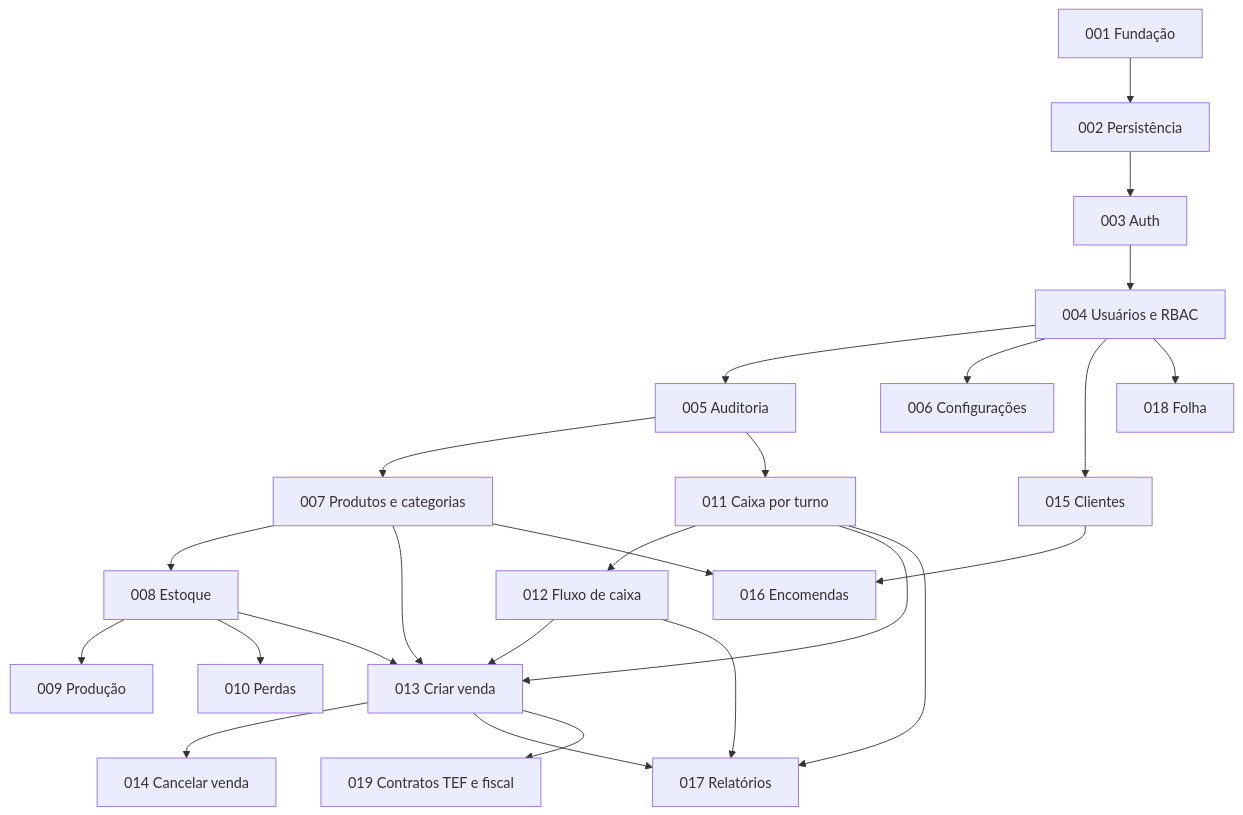
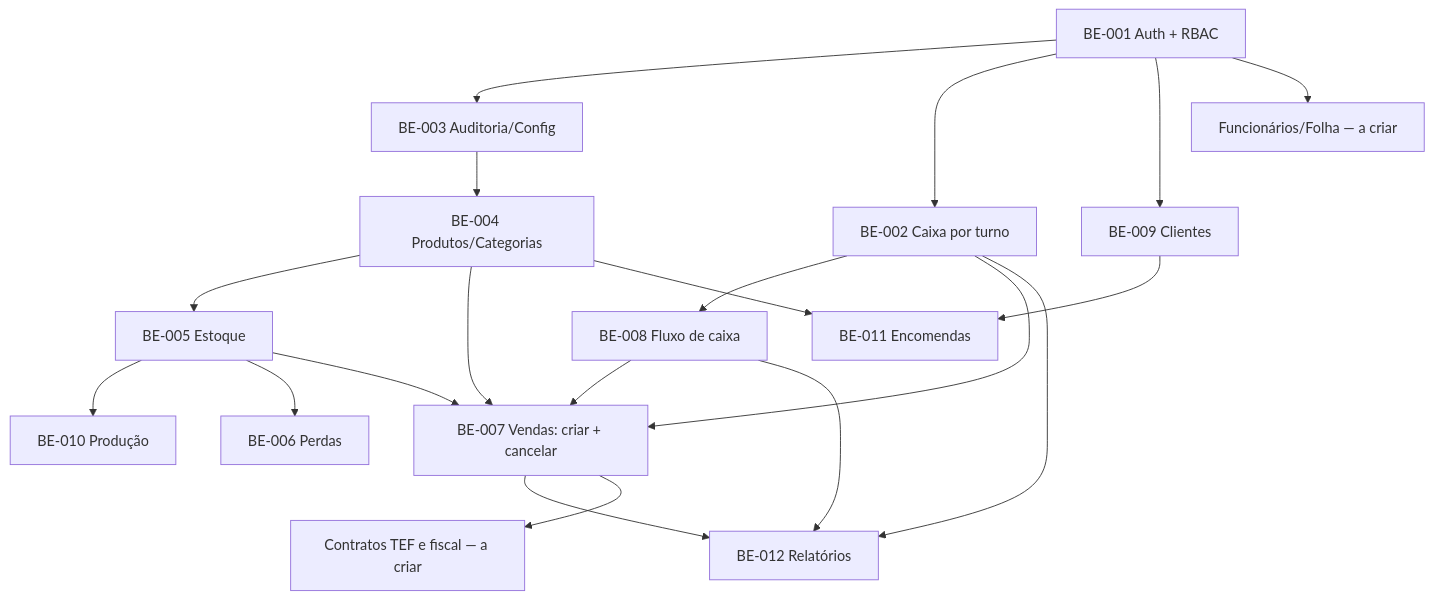
Before and after one commit to munizadby-sudo/S-M-Panificadora-V2: the diagram in docs/specs/README.md, drawn with Mermaid. The commit also changed other lines of this file and 104 other files, not shown here.

Commit message:
Inclui clientes, produção e encomendas (API, telas, specs e testes).

````diff
--- a/docs/specs/README.md
+++ b/docs/specs/README.md
@@ -72,27 +84,22 @@
 ```mermaid
 flowchart TD
-  S001[001 Fundação] --> S002[002 Persistência]
-  S002 --> S003[003 Auth]
-  S003 --> S004[004 Usuários e RBAC]
-  S004 --> S005[005 Auditoria]
-  S004 --> S006[006 Configurações]
-  S005 --> S007[007 Produtos e categorias]
-  S007 --> S008[008 Estoque]
-  S008 --> S009[009 Produção]
-  S008 --> S010[010 Perdas]
-  S005 --> S011[011 Caixa por turno]
-  S011 --> S012[012 Fluxo de caixa]
-  S008 --> S013[013 Criar venda]
-  S011 --> S013
-  S012 --> S013
-  S007 --> S013
-  S013 --> S014[014 Cancelar venda]
-  S004 --> S015[015 Clientes]
-  S007 --> S016[016 Encomendas]
-  S015 --> S016
-  S013 --> S017[017 Relatórios]
-  S011 --> S017
-  S012 --> S017
-  S004 --> S018[018 Folha]
-  S013 --> S019[019 Contratos TEF e fiscal]
+  S001[BE-001 Auth + RBAC] --> S003[BE-003 Auditoria/Config]
+  S003 --> S004[BE-004 Produtos/Categorias]
+  S004 --> S005[BE-005 Estoque]
+  S005 --> S010[BE-010 Produção]
+  S005 --> S006[BE-006 Perdas]
+  S001 --> S002[BE-002 Caixa por turno]
+  S002 --> S008[BE-008 Fluxo de caixa]
+  S005 --> S007[BE-007 Vendas: criar + cancelar]
+  S002 --> S007
+  S008 --> S007
+  S004 --> S007
+  S001 --> S009[BE-009 Clientes]
+  S004 --> S011[BE-011 Encomendas]
+  S009 --> S011
+  S007 --> S012[BE-012 Relatórios]
+  S002 --> S012
+  S008 --> S012
+  S001 --> FOL[Funcionários/Folha — a criar]
+  S007 --> TEF[Contratos TEF e fiscal — a criar]
 ```
````
